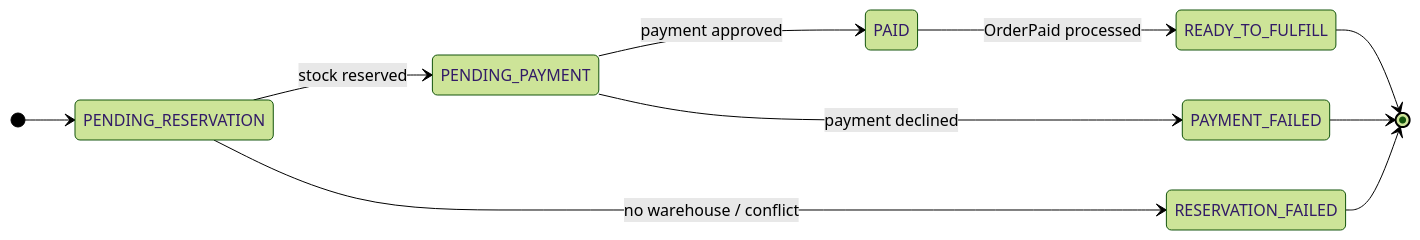
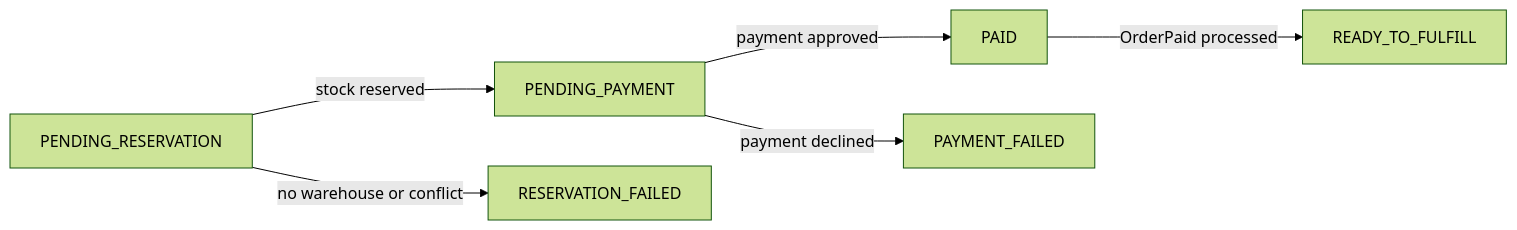
The second of 2 diagrams in README.md (JuanBernal13/canals-ai-test), drawn with Mermaid (forest theme) before and after one commit. The commit also changed other lines of this file, not shown here.

Commit message:
Fix GitHub Mermaid diagrams

````diff
--- a/README.md
+++ b/README.md
@@ -85,13 +38,8 @@
 ```mermaid
-stateDiagram-v2
-    direction LR
-    [*] --> PENDING_RESERVATION
-    PENDING_RESERVATION --> PENDING_PAYMENT: stock reserved
-    PENDING_RESERVATION --> RESERVATION_FAILED: no warehouse / conflict
-    PENDING_PAYMENT --> PAID: payment approved
-    PENDING_PAYMENT --> PAYMENT_FAILED: payment declined
-    PAID --> READY_TO_FULFILL: OrderPaid processed
-    READY_TO_FULFILL --> [*]
-    RESERVATION_FAILED --> [*]
-    PAYMENT_FAILED --> [*]
+graph LR
+    pendingReservation[PENDING_RESERVATION] -->|stock reserved| pendingPayment[PENDING_PAYMENT]
+    pendingReservation -->|no warehouse or conflict| reservationFailed[RESERVATION_FAILED]
+    pendingPayment -->|payment approved| paid[PAID]
+    pendingPayment -->|payment declined| paymentFailed[PAYMENT_FAILED]
+    paid -->|OrderPaid processed| ready[READY_TO_FULFILL]
 ```
````
